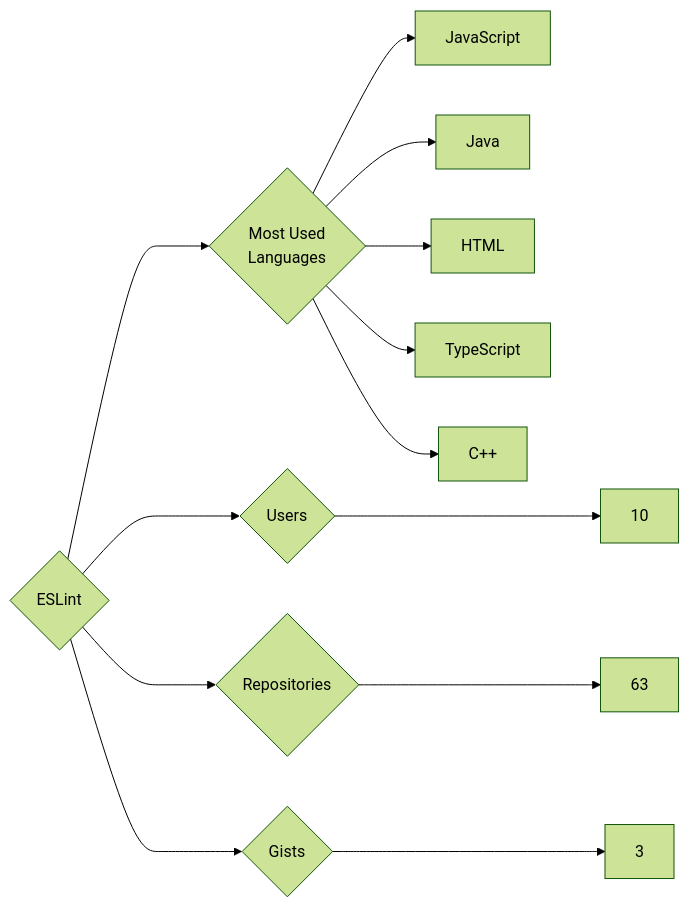
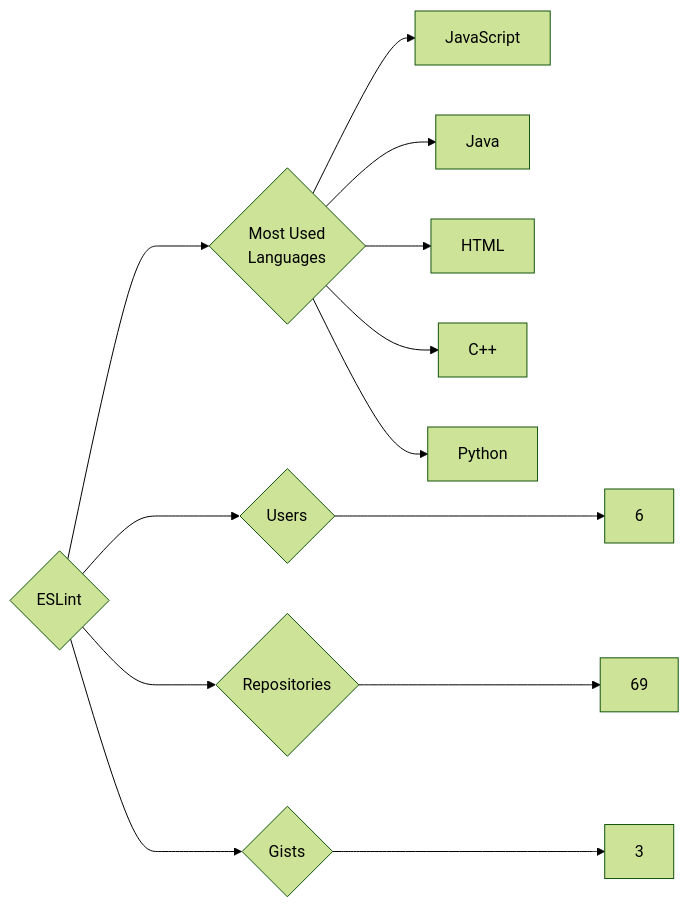
The diagram in targets/ESLint/README.md (trickest/insiders), drawn with Mermaid (forest theme) before and after one commit. The commit also changed 1092 other files, not shown here.

````diff
--- a/targets/ESLint/README.md
+++ b/targets/ESLint/README.md
@@ -3,13 +3,13 @@
 ```mermaid
 graph LR
 COMPANY_NAME{ESLint}
-COMPANY_NAME ---> U{Users} ---> UN[10]
-COMPANY_NAME ---> R{Repositories} ---> RN[63]
+COMPANY_NAME ---> U{Users} ---> UN[6]
+COMPANY_NAME ---> R{Repositories} ---> RN[69]
 COMPANY_NAME ---> G{Gists} ---> GN[3]
 COMPANY_NAME ---> ML{Most Used<br>Languages}
 ML --> JavaScript[JavaScript]
 ML --> Java[Java]
 ML --> HTML[HTML]
-ML --> TypeScript[TypeScript]
 ML --> C++[C++]
+ML --> Python[Python]
 ```
````
